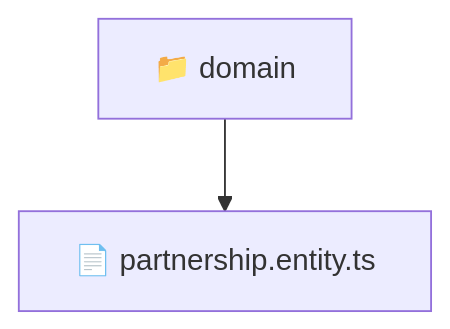
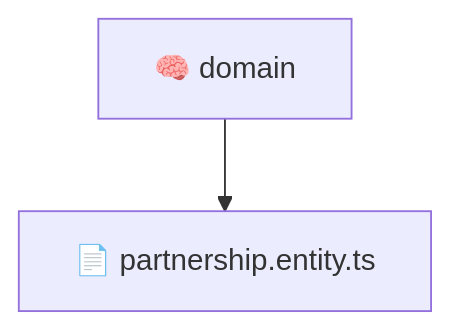
The diagram in backend/src/modules/partnership/domain/README.md (beginwebdev2002/fullstack-mavluda), drawn with Mermaid before and after one commit. The commit also changed other lines of this file and 165 other files, not shown here.

First line of the commit message:
docs: generate localized architectural READMEs

````diff
--- a/backend/src/modules/partnership/domain/README.md
+++ b/backend/src/modules/partnership/domain/README.md
@@ -10,5 +9,5 @@
 ```mermaid
 graph TD
-  Root["📁 domain"]
-  Root --> partnershipentityts["📄 partnership.entity.ts"]
+  domain["🧠 domain"]
+  domain --> partnership_entity_ts["📄 partnership.entity.ts"]
 ```
````
